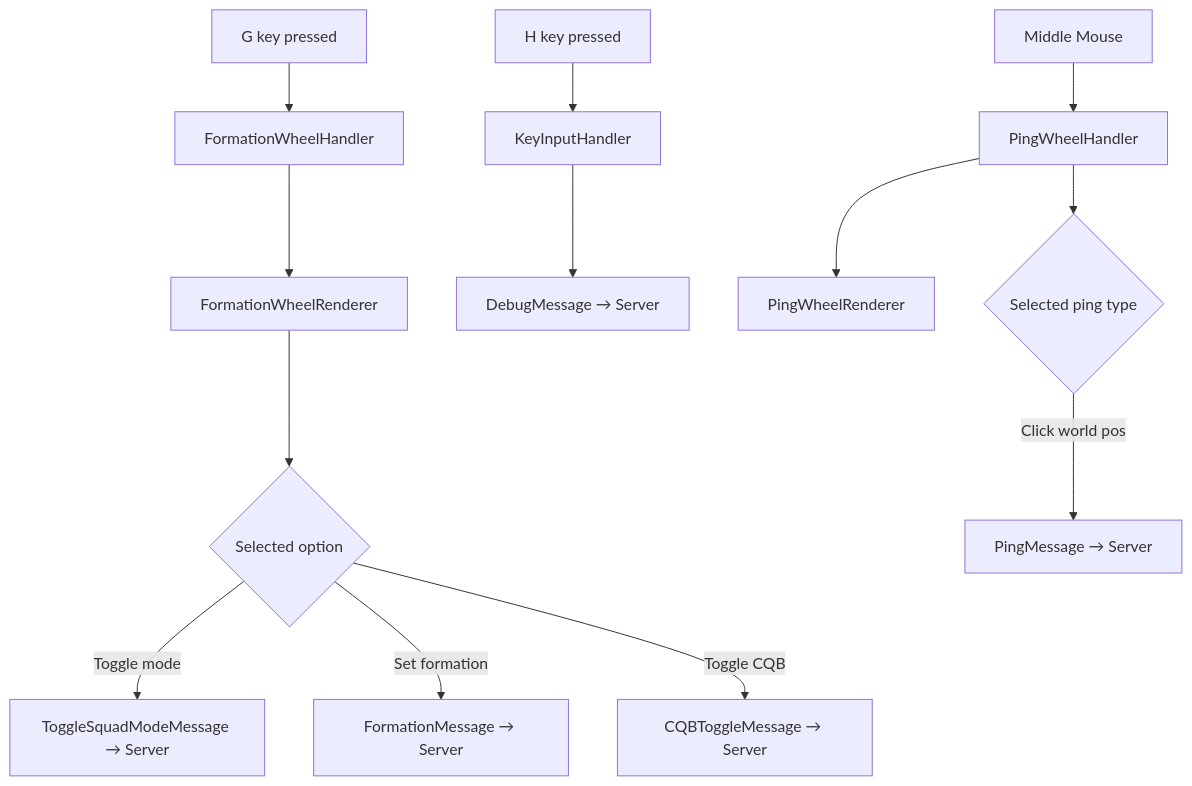
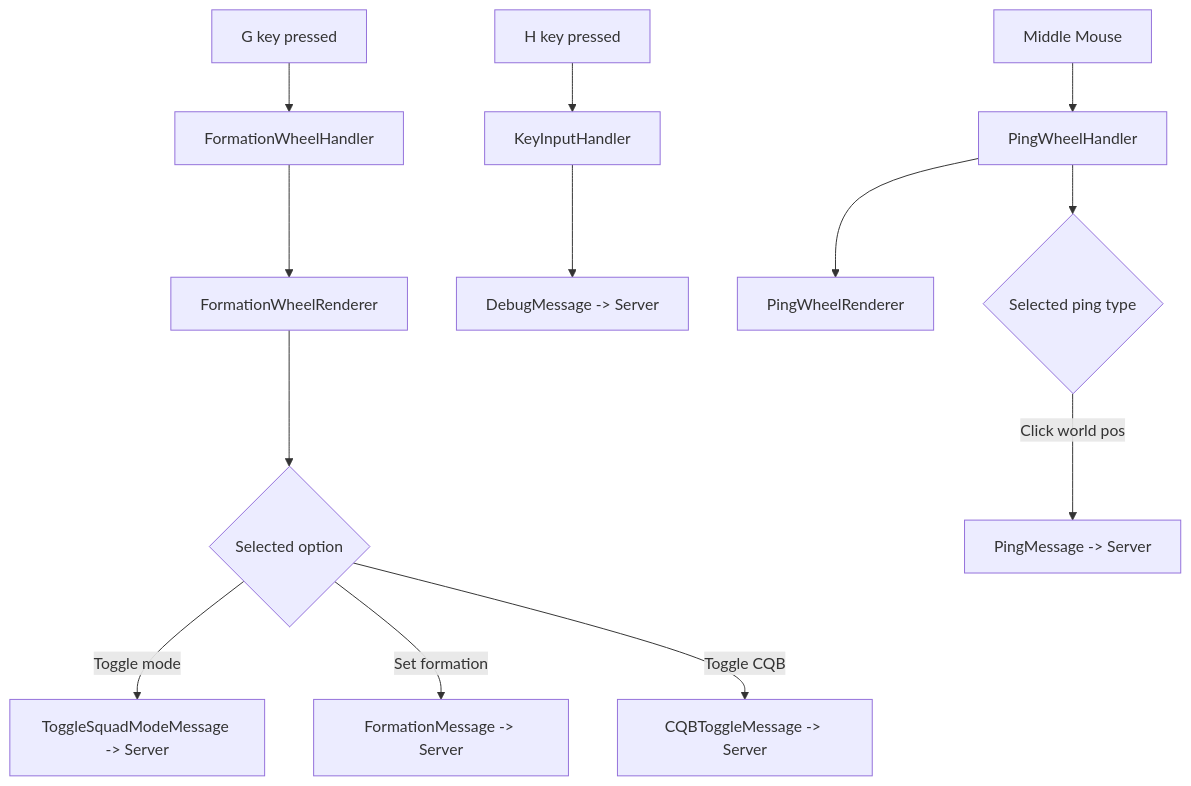
One commit to MegiTicky/steves_army changed diagram 24 of 27 in ARCHITECTURE.md. Above: the diagram before and after it, drawn with Mermaid. The commit also changed other lines of this file, not shown here.

Commit message:
Fix ARCHITECTURE.md: replace broken unicode chars and Mermaid HTML tags with ASCII

````diff
--- a/ARCHITECTURE.md
+++ b/ARCHITECTURE.md
@@ -946,17 +946,17 @@
 ```mermaid
 flowchart TD
     G[G key pressed] --> FH[FormationWheelHandler]
     FH --> FW[FormationWheelRenderer]
     FW --> SELECT{Selected option}
-    SELECT -->|Toggle mode| TSM[ToggleSquadModeMessage → Server]
-    SELECT -->|Set formation| FM[FormationMessage → Server]
-    SELECT -->|Toggle CQB| CQB[CQBToggleMessage → Server]
+    SELECT -->|Toggle mode| TSM[ToggleSquadModeMessage -> Server]
+    SELECT -->|Set formation| FM[FormationMessage -> Server]
+    SELECT -->|Toggle CQB| CQB[CQBToggleMessage -> Server]
 
     H[H key pressed] --> KH[KeyInputHandler]
-    KH --> DH[DebugMessage → Server]
+    KH --> DH[DebugMessage -> Server]
 
     MM[Middle Mouse] --> PW[PingWheelHandler]
     PW --> PWR[PingWheelRenderer]
     PW --> PING_SELECT{Selected ping type}
-    PING_SELECT -->|Click world pos| PM[PingMessage → Server]
+    PING_SELECT -->|Click world pos| PM[PingMessage -> Server]
 ```
````
